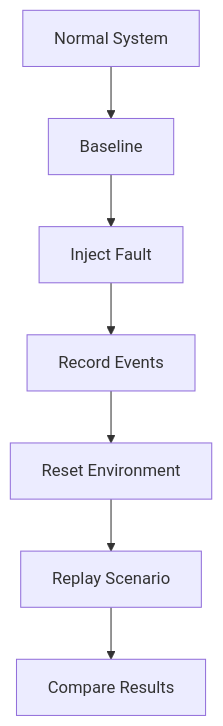
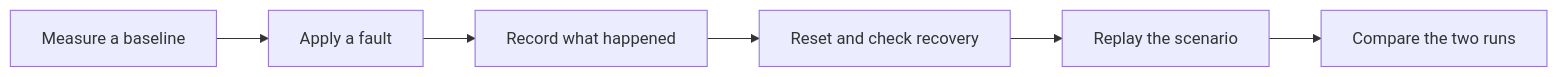
One commit to DuBaem/FaultLab changed the first of 2 diagrams in README.md. Above: the diagram before and after it, drawn with Mermaid. The commit also changed other lines of this file and 26 other files, not shown here.

````diff
--- a/README.md
+++ b/README.md
@@ -415,9 +7,8 @@
 ```mermaid
-flowchart TD
-    A[Normal System] --> B[Baseline]
-    B --> C[Inject Fault]
-    C --> D[Record Events]
-    D --> E[Reset Environment]
-    E --> F[Replay Scenario]
-    F --> G[Compare Results]
+flowchart LR
+    A[Measure a baseline] --> B[Apply a fault]
+    B --> C[Record what happened]
+    C --> D[Reset and check recovery]
+    D --> E[Replay the scenario]
+    E --> F[Compare the two runs]
 ```
````
